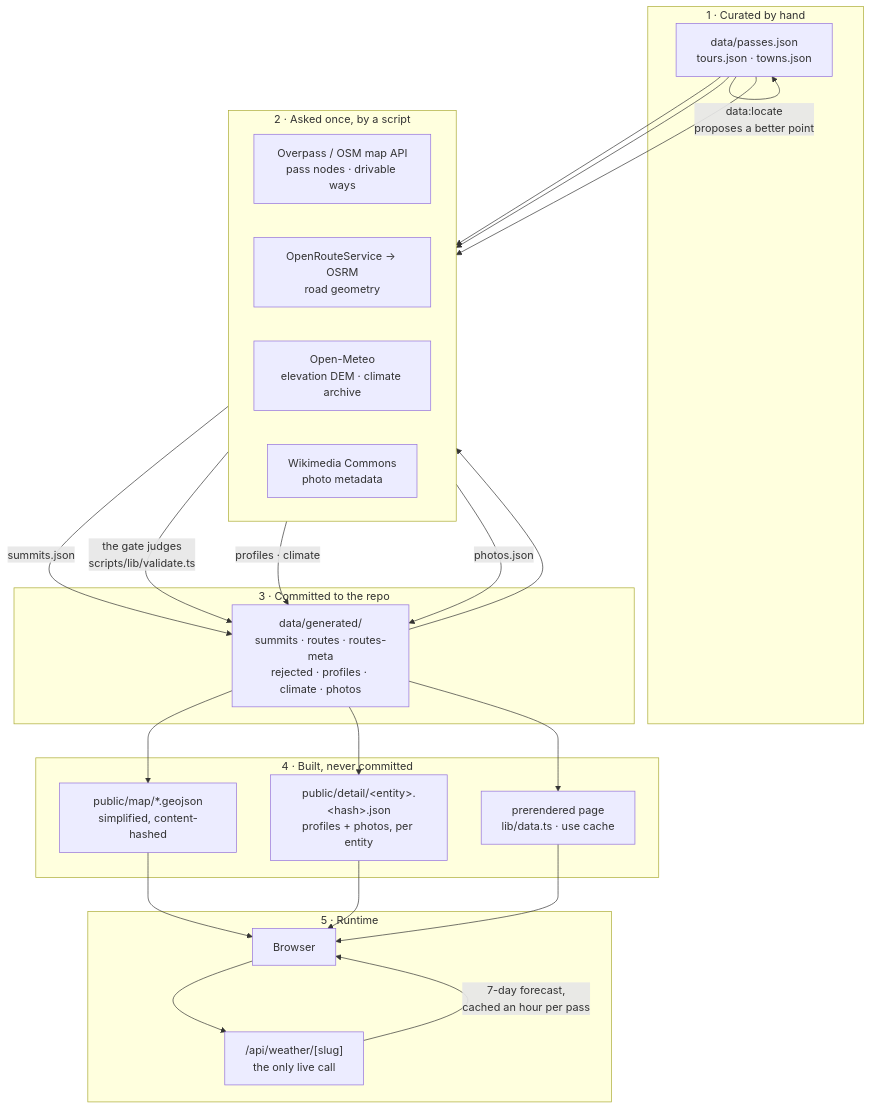
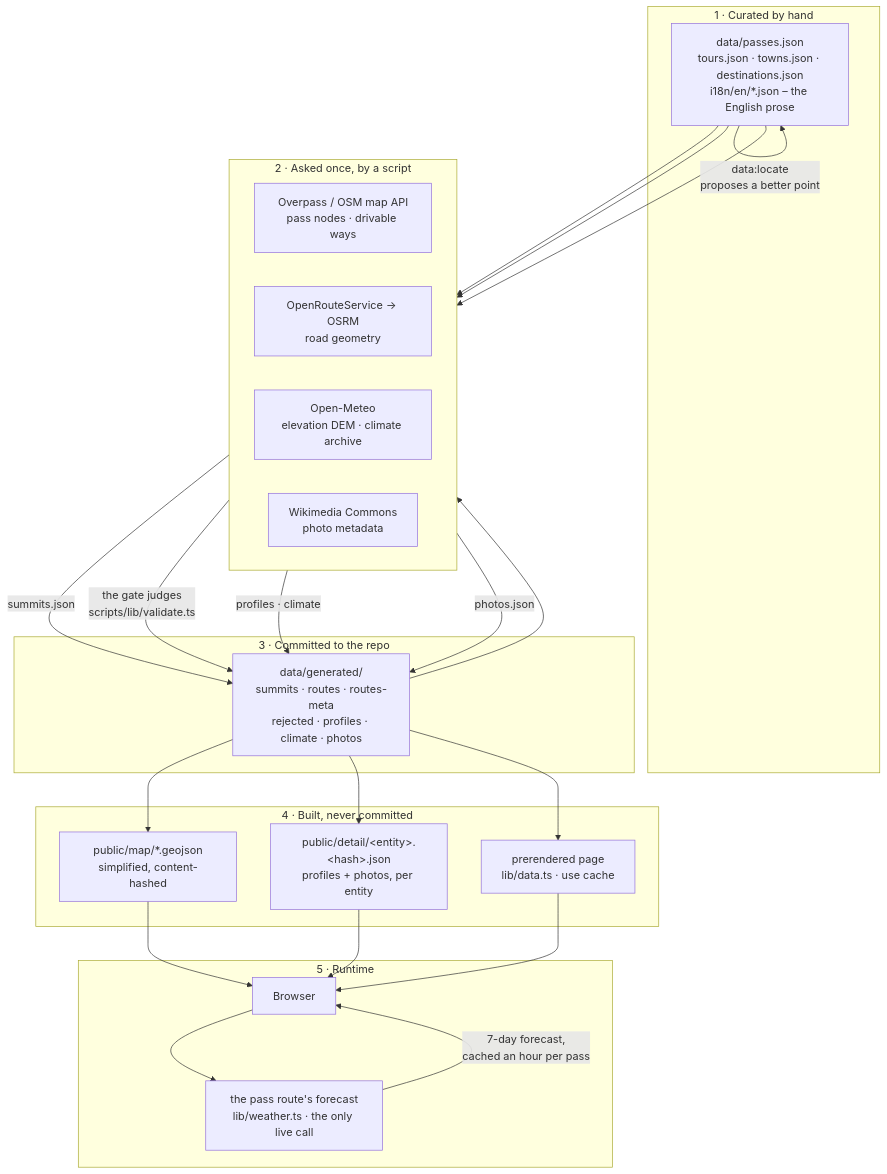
The first of 3 diagrams in docs/data-pipeline.md (mdugue/alpen), drawn with Mermaid before and after one commit. The commit also changed other lines of this file and 248 other files, not shown here.

First line of the commit message:
Open plans: tour seasons, toll notes, ranges, Pyrenees, destinations, real routes, gravel, English (#63)

````diff
--- a/docs/data-pipeline.md
+++ b/docs/data-pipeline.md
@@ -18,39 +18,39 @@
 ```mermaid
 flowchart TB
   subgraph hand["1 · Curated by hand"]
-    P["data/passes.json<br/>tours.json · towns.json"]
+    P["data/passes.json<br/>tours.json · towns.json · destinations.json<br/>i18n/en/*.json – the English prose"]
   end
 
   subgraph net["2 · Asked once, by a script"]
     direction LR
     OSM["Overpass / OSM map API<br/>pass nodes · drivable ways"]
     RT["OpenRouteService → OSRM<br/>road geometry"]
     OM["Open-Meteo<br/>elevation DEM · climate archive"]
     WC["Wikimedia Commons<br/>photo metadata"]
   end
 
   subgraph repo["3 · Committed to the repo"]
     G["data/generated/<br/>summits · routes · routes-meta<br/>rejected · profiles · climate · photos"]
   end
 
   subgraph build["4 · Built, never committed"]
     MA["public/map/*.geojson<br/>simplified, content-hashed"]
     DA["public/detail/&lt;entity&gt;.&lt;hash&gt;.json<br/>profiles + photos, per entity"]
     PR["prerendered page<br/>lib/data.ts · use cache"]
   end
 
   subgraph run["5 · Runtime"]
     B["Browser"]
-    W["/api/weather/[slug]<br/>the only live call"]
+    W["the pass route's forecast<br/>lib/weather.ts · the only live call"]
   end
 
   P -->|"data:locate<br/>proposes a better point"| P
   P --> OSM --> |"summits.json"| G
   P --> RT -->|"the gate judges<br/>scripts/lib/validate.ts"| G
   G --> OM --> |"profiles · climate"| G
   P --> WC --> |"photos.json"| G
   G --> MA --> B
   G --> DA --> B
   G --> PR --> B
   B --> W -->|"7-day forecast,<br/>cached an hour per pass"| B
 ```
````
